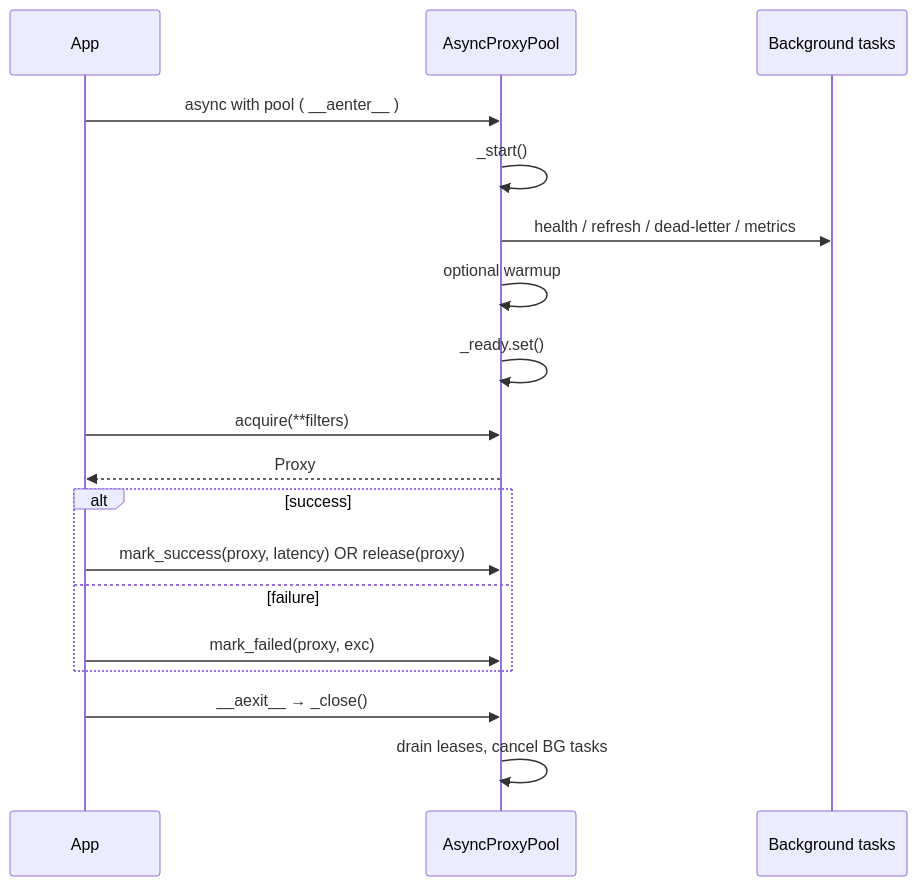
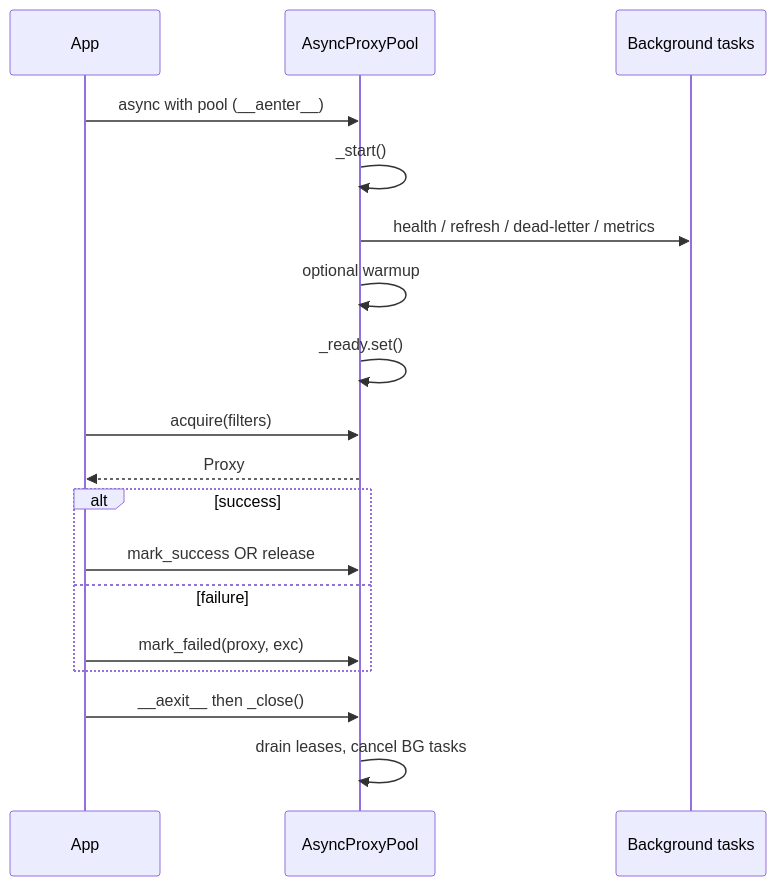
Before and after one commit to MFDI-hub/omniproxy: the second of 6 diagrams in docs/for_mine_and_only_my.md, drawn with Mermaid. The commit also changed other lines of this file, not shown here.

````diff
--- a/docs/for_mine_and_only_my.md
+++ b/docs/for_mine_and_only_my.md
@@ -90,24 +90,24 @@
 ```mermaid
 sequenceDiagram
     participant App
     participant Pool as AsyncProxyPool
     participant BG as Background tasks
 
-    App->>Pool: async with pool ( __aenter__ )
+    App->>Pool: async with pool (__aenter__)
     Pool->>Pool: _start()
     Pool->>BG: health / refresh / dead-letter / metrics
     Pool->>Pool: optional warmup
     Pool->>Pool: _ready.set()
 
-    App->>Pool: acquire(**filters)
+    App->>Pool: acquire(filters)
     Pool-->>App: Proxy
 
     alt success
-        App->>Pool: mark_success(proxy, latency) OR release(proxy)
+        App->>Pool: mark_success OR release
     else failure
         App->>Pool: mark_failed(proxy, exc)
     end
 
-    App->>Pool: __aexit__ → _close()
+    App->>Pool: __aexit__ then _close()
     Pool->>Pool: drain leases, cancel BG tasks
 ```
````
